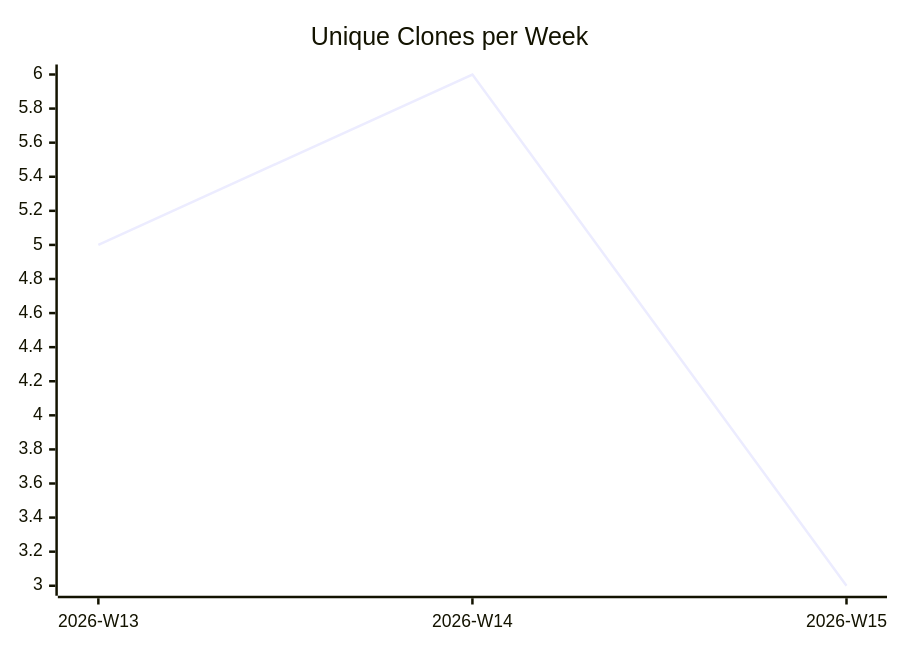
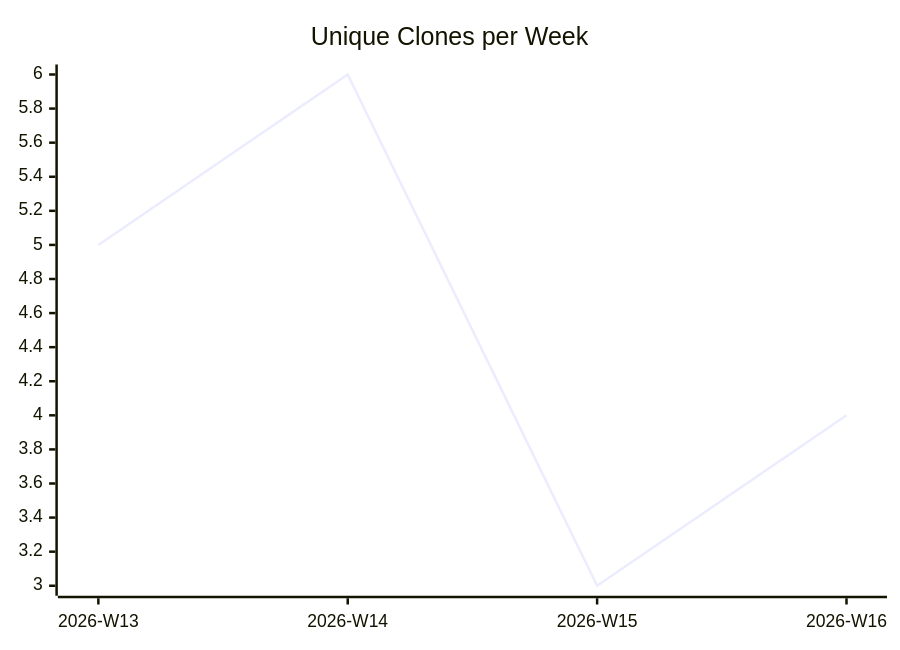
Before and after one commit to justdavis-family/github-analytics-data: the third of 3 diagrams in karlmdavis/kxml2/README.md, drawn with Mermaid. The commit also changed other lines of this file and 176 other files, not shown here.

````diff
--- a/karlmdavis/kxml2/README.md
+++ b/karlmdavis/kxml2/README.md
@@ -19,6 +19,6 @@
 ```mermaid
 xychart-beta
   title "Unique Clones per Week"
-  x-axis ["2026-W13", "2026-W14", "2026-W15"]
-  line [5, 6, 3]
+  x-axis ["2026-W13", "2026-W14", "2026-W15", "2026-W16"]
+  line [5, 6, 3, 4]
 ```
````
